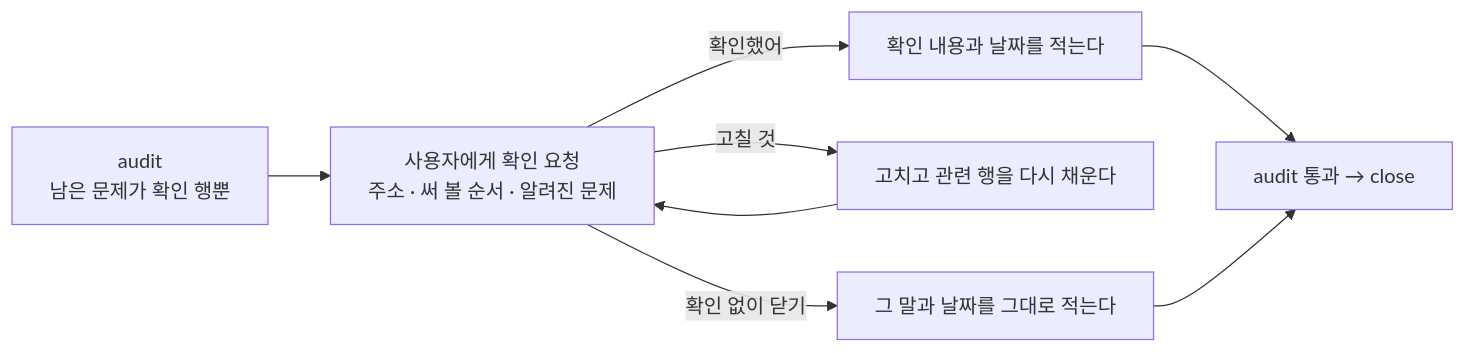
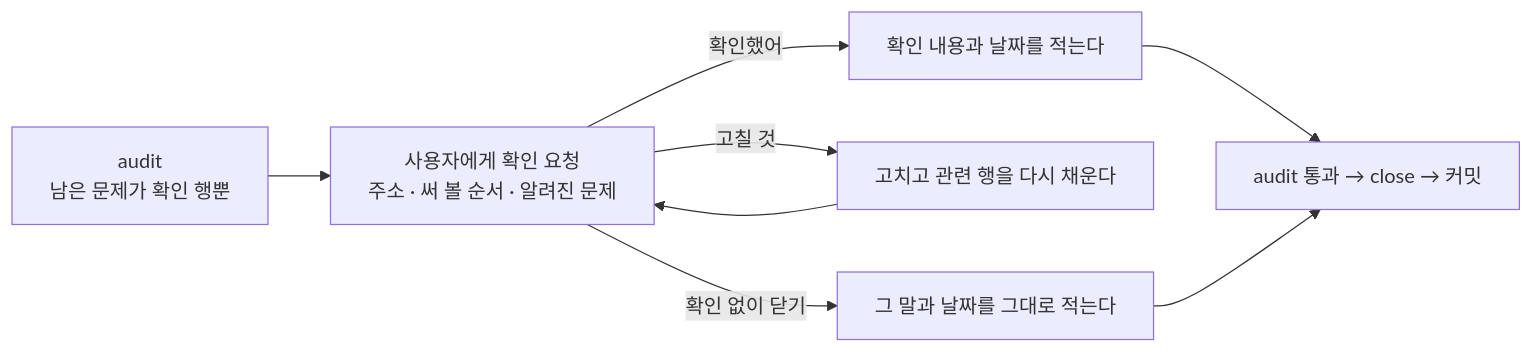
Before and after one commit to roadkwon-ai/pro-kit: the diagram in handbook/concepts/audit-and-confirm.md, drawn with Mermaid. The commit also changed other lines of this file and 14 other files, not shown here.

````diff
--- a/handbook/concepts/audit-and-confirm.md
+++ b/handbook/concepts/audit-and-confirm.md
@@ -98,10 +100,10 @@
 ```mermaid
 flowchart LR
   A["audit<br/>남은 문제가 확인 행뿐"] --> Q["사용자에게 확인 요청<br/>주소 · 써 볼 순서 · 알려진 문제"]
   Q -->|"확인했어"| W["확인 내용과 날짜를 적는다"]
   Q -->|"고칠 것"| F["고치고 관련 행을 다시 채운다"]
   F --> Q
   Q -->|"확인 없이 닫기"| S["그 말과 날짜를 그대로 적는다"]
-  W --> C["audit 통과 → close"]
+  W --> C["audit 통과 → close → 커밋"]
   S --> C
 ```
````
